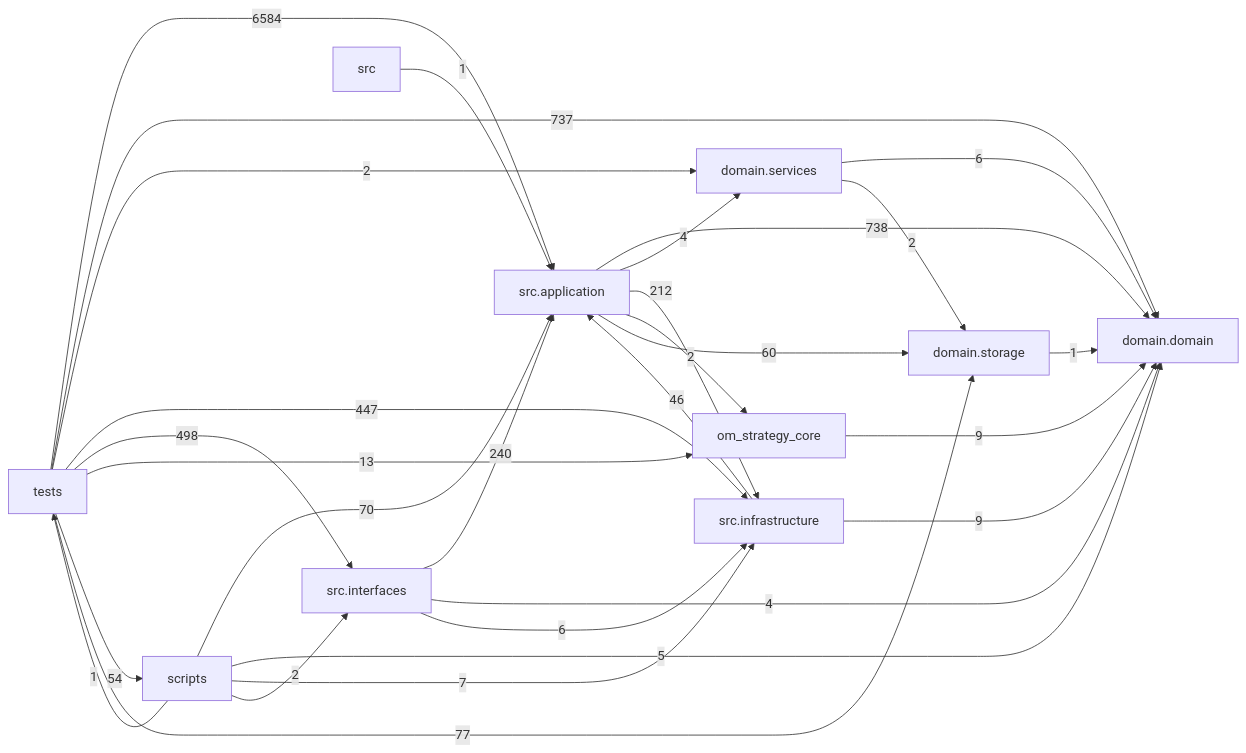
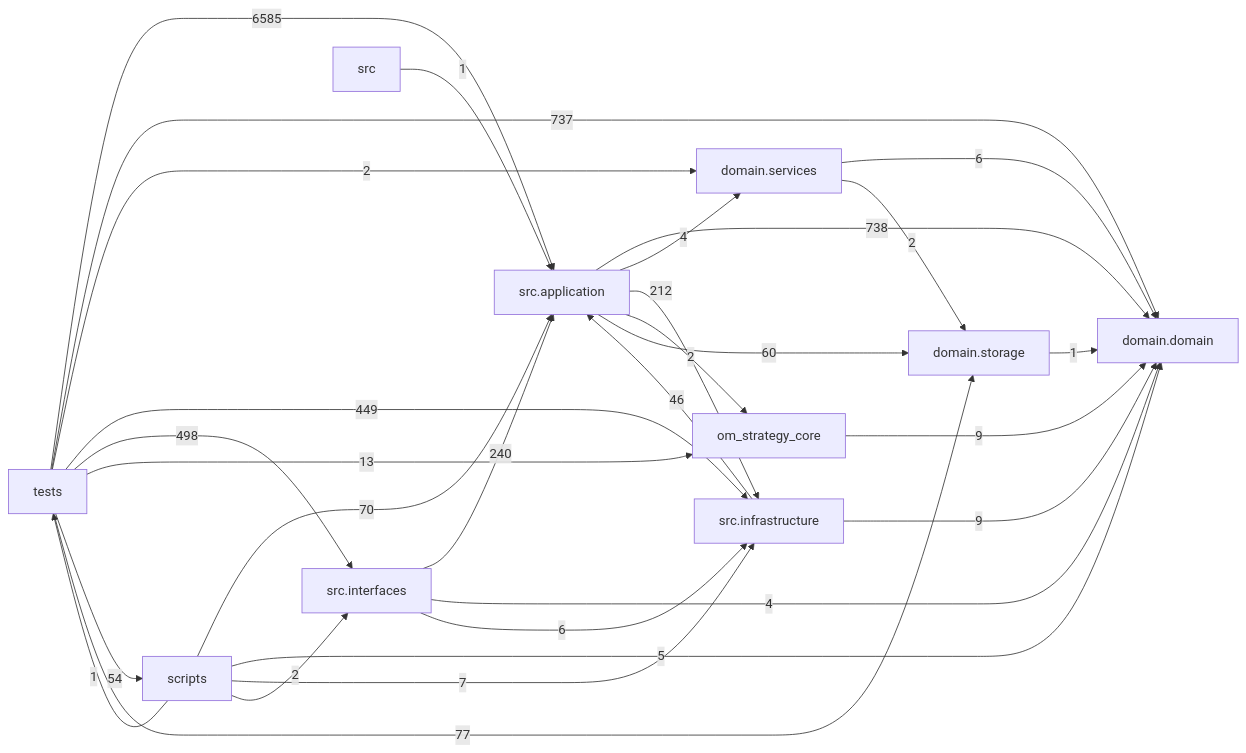
The diagram in docs/DEPENDENCY_GRAPH.md (liuxie066/options-monitor), drawn with Mermaid before and after one commit. The commit also changed other lines of this file and 6 other files, not shown here.

````diff
--- a/docs/DEPENDENCY_GRAPH.md
+++ b/docs/DEPENDENCY_GRAPH.md
@@ -24,39 +24,39 @@
 ```mermaid
 flowchart LR
   tests["tests"]
   scripts["scripts"]
   interfaces["src.interfaces"]
   application["src.application"]
   infrastructure["src.infrastructure"]
   domain_services["domain.services"]
   domain["domain.domain"]
   storage["domain.storage"]
   application -->|738| domain
   application -->|4| domain_services
   application -->|212| infrastructure
   application -->|2| om_strategy_core
   application -->|60| storage
   domain_services -->|6| domain
   domain_services -->|2| storage
   infrastructure -->|46| application
   infrastructure -->|9| domain
   interfaces -->|240| application
   interfaces -->|4| domain
   interfaces -->|6| infrastructure
   om_strategy_core -->|9| domain
   scripts -->|70| application
   scripts -->|5| domain
   scripts -->|7| infrastructure
   scripts -->|2| interfaces
   scripts -->|1| tests
   src -->|1| application
   storage -->|1| domain
-  tests -->|6584| application
+  tests -->|6585| application
   tests -->|737| domain
   tests -->|2| domain_services
-  tests -->|447| infrastructure
+  tests -->|449| infrastructure
   tests -->|498| interfaces
   tests -->|13| om_strategy_core
   tests -->|54| scripts
   tests -->|77| storage
 ```
````
